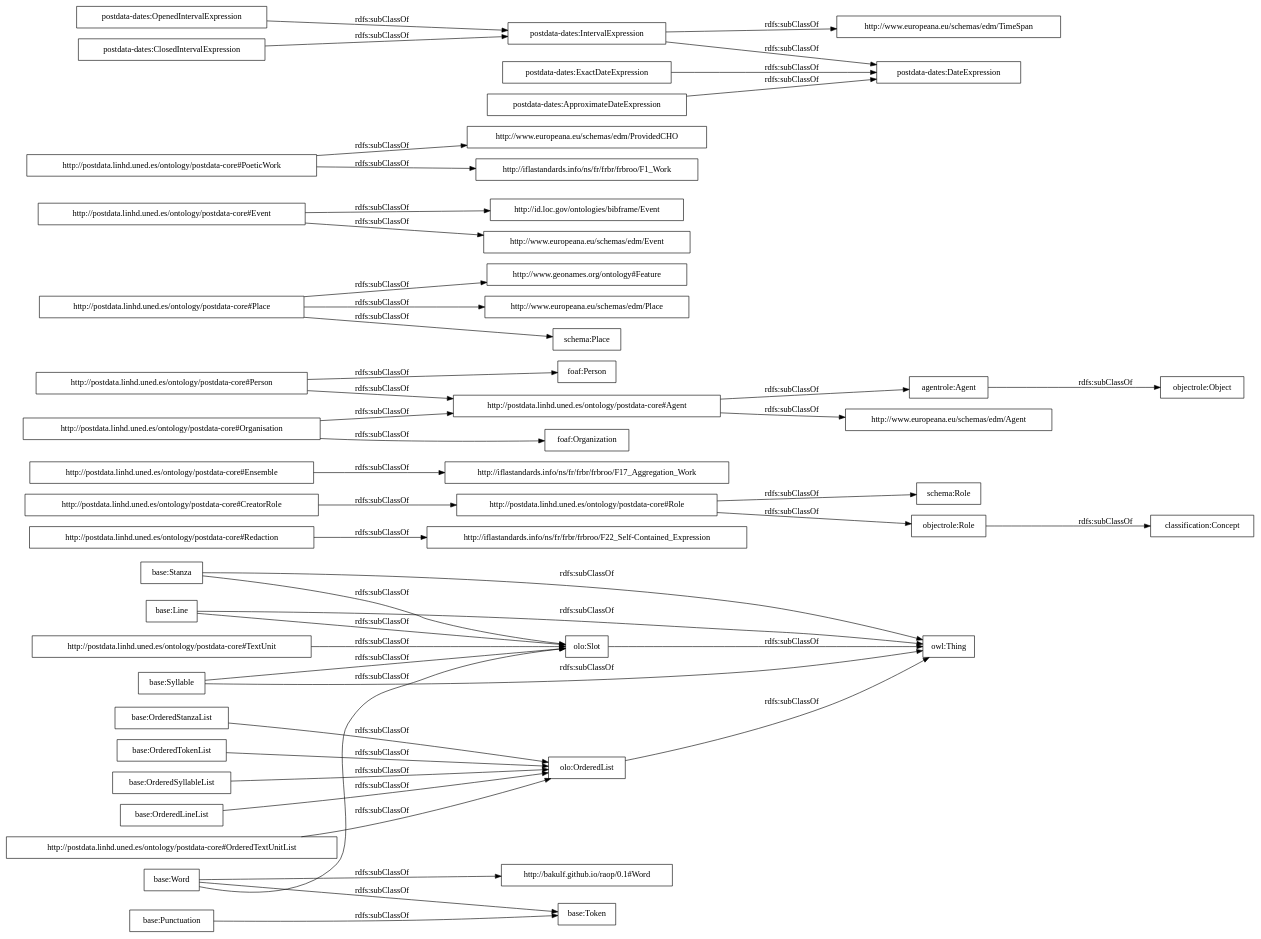
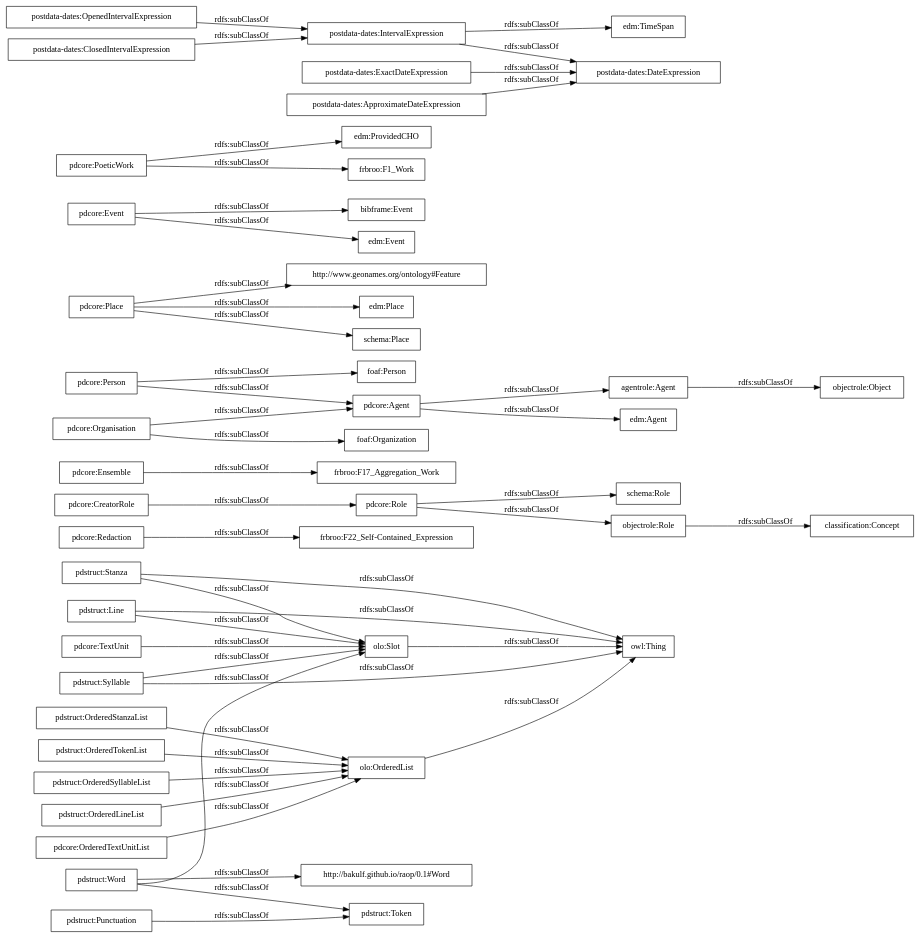
One commit to linhd-postdata/structuralElements-ontology changed the diagram in OnToology/postdata-structuralElements.owl/diagrams/ar2dtool-taxonomy/postdata-structuralElements.owl.png.dot. Above: the diagram before and after it, drawn with Graphviz. The commit also changed 6 other files, not shown here.

```diff
--- a/OnToology/postdata-structuralElements.owl/diagrams/ar2dtool-taxonomy/postdata-structuralElements.owl.png.dot
+++ b/OnToology/postdata-structuralElements.owl/diagrams/ar2dtool-taxonomy/postdata-structuralElements.owl.png.dot
@@ -1,50 +1,50 @@
 digraph ar2dtool_diagram { 
 rankdir=LR;
 size="1000"
-node [shape = rectangle, color="black"]; "base:Line" "base:Punctuation" "base:OrderedStanzaList" "base:OrderedTokenList" "base:Word" "base:Stanza" "base:Token" "base:OrderedSyllableList" "http://postdata.linhd.uned.es/ontology/postdata-core#Redaction" "base:Syllable" "http://bakulf.github.io/raop/0.1#Word" "base:OrderedLineList" "http://postdata.linhd.uned.es/ontology/postdata-core#Role" "http://iflastandards.info/ns/fr/frbr/frbroo/F17_Aggregation_Work" "http://postdata.linhd.uned.es/ontology/postdata-core#OrderedTextUnitList" "agentrole:Agent" "http://www.geonames.org/ontology#Feature" "http://www.europeana.eu/schemas/edm/Agent" "http://postdata.linhd.uned.es/ontology/postdata-core#Agent" "http://postdata.linhd.uned.es/ontology/postdata-core#CreatorRole" "http://postdata.linhd.uned.es/ontology/postdata-core#Person" "http://postdata.linhd.uned.es/ontology/postdata-core#Organisation" "http://www.europeana.eu/schemas/edm/Place" "http://postdata.linhd.uned.es/ontology/postdata-core#Ensemble" "foaf:Person" "http://iflastandards.info/ns/fr/frbr/frbroo/F22_Self-Contained_Expression" "http://id.loc.gov/ontologies/bibframe/Event" "http://www.europeana.eu/schemas/edm/Event" "http://postdata.linhd.uned.es/ontology/postdata-core#TextUnit" "foaf:Organization" "http://www.europeana.eu/schemas/edm/ProvidedCHO" "http://postdata.linhd.uned.es/ontology/postdata-core#Place" "schema:Place" "http://postdata.linhd.uned.es/ontology/postdata-core#Event" "http://postdata.linhd.uned.es/ontology/postdata-core#PoeticWork" "http://iflastandards.info/ns/fr/frbr/frbroo/F1_Work" "schema:Role" "olo:Slot" "olo:OrderedList" "owl:Thing" "objectrole:Role" "objectrole:Object" "postdata-dates:OpenedIntervalExpression" "postdata-dates:ClosedIntervalExpression" "postdata-dates:IntervalExpression" "postdata-dates:ExactDateExpression" "http://www.europeana.eu/schemas/edm/TimeSpan" "postdata-dates:DateExpression" "postdata-dates:ApproximateDateExpression" "classification:Concept" ; /*classes style*/
-	"base:OrderedStanzaList" -> "olo:OrderedList" [ label = "rdfs:subClassOf" ];
-	"http://postdata.linhd.uned.es/ontology/postdata-core#Person" -> "foaf:Person" [ label = "rdfs:subClassOf" ];
-	"http://postdata.linhd.uned.es/ontology/postdata-core#Person" -> "http://postdata.linhd.uned.es/ontology/postdata-core#Agent" [ label = "rdfs:subClassOf" ];
-	"base:OrderedTokenList" -> "olo:OrderedList" [ label = "rdfs:subClassOf" ];
-	"base:Punctuation" -> "base:Token" [ label = "rdfs:subClassOf" ];
+node [shape = rectangle, color="black"]; "pdstruct:Line" "pdstruct:Punctuation" "pdstruct:OrderedStanzaList" "pdstruct:OrderedTokenList" "pdstruct:Word" "pdstruct:Stanza" "pdstruct:Token" "pdstruct:OrderedSyllableList" "pdcore:Redaction" "pdstruct:Syllable" "http://bakulf.github.io/raop/0.1#Word" "pdstruct:OrderedLineList" "pdcore:Role" "frbroo:F17_Aggregation_Work" "pdcore:OrderedTextUnitList" "agentrole:Agent" "http://www.geonames.org/ontology#Feature" "edm:Agent" "pdcore:Agent" "pdcore:CreatorRole" "pdcore:Person" "pdcore:Organisation" "edm:Place" "pdcore:Ensemble" "foaf:Person" "frbroo:F22_Self-Contained_Expression" "bibframe:Event" "edm:Event" "pdcore:TextUnit" "foaf:Organization" "edm:ProvidedCHO" "pdcore:Place" "schema:Place" "pdcore:Event" "pdcore:PoeticWork" "frbroo:F1_Work" "schema:Role" "olo:Slot" "olo:OrderedList" "owl:Thing" "objectrole:Role" "objectrole:Object" "postdata-dates:OpenedIntervalExpression" "postdata-dates:ClosedIntervalExpression" "postdata-dates:IntervalExpression" "postdata-dates:ExactDateExpression" "edm:TimeSpan" "postdata-dates:DateExpression" "postdata-dates:ApproximateDateExpression" "classification:Concept" ; /*classes style*/
+	"pdstruct:OrderedStanzaList" -> "olo:OrderedList" [ label = "rdfs:subClassOf" ];
+	"pdcore:Person" -> "foaf:Person" [ label = "rdfs:subClassOf" ];
+	"pdcore:Person" -> "pdcore:Agent" [ label = "rdfs:subClassOf" ];
+	"pdstruct:OrderedTokenList" -> "olo:OrderedList" [ label = "rdfs:subClassOf" ];
+	"pdstruct:Punctuation" -> "pdstruct:Token" [ label = "rdfs:subClassOf" ];
 	"agentrole:Agent" -> "objectrole:Object" [ label = "rdfs:subClassOf" ];
-	"base:Word" -> "olo:Slot" [ label = "rdfs:subClassOf" ];
-	"base:Word" -> "base:Token" [ label = "rdfs:subClassOf" ];
-	"base:Word" -> "http://bakulf.github.io/raop/0.1#Word" [ label = "rdfs:subClassOf" ];
-	"http://postdata.linhd.uned.es/ontology/postdata-core#PoeticWork" -> "http://iflastandards.info/ns/fr/frbr/frbroo/F1_Work" [ label = "rdfs:subClassOf" ];
-	"http://postdata.linhd.uned.es/ontology/postdata-core#PoeticWork" -> "http://www.europeana.eu/schemas/edm/ProvidedCHO" [ label = "rdfs:subClassOf" ];
+	"pdstruct:Word" -> "olo:Slot" [ label = "rdfs:subClassOf" ];
+	"pdstruct:Word" -> "pdstruct:Token" [ label = "rdfs:subClassOf" ];
+	"pdstruct:Word" -> "http://bakulf.github.io/raop/0.1#Word" [ label = "rdfs:subClassOf" ];
+	"pdcore:PoeticWork" -> "frbroo:F1_Work" [ label = "rdfs:subClassOf" ];
+	"pdcore:PoeticWork" -> "edm:ProvidedCHO" [ label = "rdfs:subClassOf" ];
 	"objectrole:Role" -> "classification:Concept" [ label = "rdfs:subClassOf" ];
-	"base:OrderedSyllableList" -> "olo:OrderedList" [ label = "rdfs:subClassOf" ];
+	"pdstruct:OrderedSyllableList" -> "olo:OrderedList" [ label = "rdfs:subClassOf" ];
 	"postdata-dates:ClosedIntervalExpression" -> "postdata-dates:IntervalExpression" [ label = "rdfs:subClassOf" ];
-	"base:Stanza" -> "olo:Slot" [ label = "rdfs:subClassOf" ];
-	"base:Stanza" -> "owl:Thing" [ label = "rdfs:subClassOf" ];
+	"pdstruct:Stanza" -> "olo:Slot" [ label = "rdfs:subClassOf" ];
+	"pdstruct:Stanza" -> "owl:Thing" [ label = "rdfs:subClassOf" ];
 	"postdata-dates:ApproximateDateExpression" -> "postdata-dates:DateExpression" [ label = "rdfs:subClassOf" ];
-	"http://postdata.linhd.uned.es/ontology/postdata-core#Agent" -> "agentrole:Agent" [ label = "rdfs:subClassOf" ];
-	"http://postdata.linhd.uned.es/ontology/postdata-core#Agent" -> "http://www.europeana.eu/schemas/edm/Agent" [ label = "rdfs:subClassOf" ];
+	"pdcore:Agent" -> "agentrole:Agent" [ label = "rdfs:subClassOf" ];
+	"pdcore:Agent" -> "edm:Agent" [ label = "rdfs:subClassOf" ];
 	"olo:Slot" -> "owl:Thing" [ label = "rdfs:subClassOf" ];
 	"postdata-dates:OpenedIntervalExpression" -> "postdata-dates:IntervalExpression" [ label = "rdfs:subClassOf" ];
-	"http://postdata.linhd.uned.es/ontology/postdata-core#Organisation" -> "foaf:Organization" [ label = "rdfs:subClassOf" ];
-	"http://postdata.linhd.uned.es/ontology/postdata-core#Organisation" -> "http://postdata.linhd.uned.es/ontology/postdata-core#Agent" [ label = "rdfs:subClassOf" ];
-	"http://postdata.linhd.uned.es/ontology/postdata-core#Ensemble" -> "http://iflastandards.info/ns/fr/frbr/frbroo/F17_Aggregation_Work" [ label = "rdfs:subClassOf" ];
+	"pdcore:Organisation" -> "foaf:Organization" [ label = "rdfs:subClassOf" ];
+	"pdcore:Organisation" -> "pdcore:Agent" [ label = "rdfs:subClassOf" ];
+	"pdcore:Ensemble" -> "frbroo:F17_Aggregation_Work" [ label = "rdfs:subClassOf" ];
 	"olo:OrderedList" -> "owl:Thing" [ label = "rdfs:subClassOf" ];
-	"http://postdata.linhd.uned.es/ontology/postdata-core#TextUnit" -> "olo:Slot" [ label = "rdfs:subClassOf" ];
-	"http://postdata.linhd.uned.es/ontology/postdata-core#Redaction" -> "http://iflastandards.info/ns/fr/frbr/frbroo/F22_Self-Contained_Expression" [ label = "rdfs:subClassOf" ];
-	"http://postdata.linhd.uned.es/ontology/postdata-core#Place" -> "http://www.europeana.eu/schemas/edm/Place" [ label = "rdfs:subClassOf" ];
-	"http://postdata.linhd.uned.es/ontology/postdata-core#Place" -> "schema:Place" [ label = "rdfs:subClassOf" ];
-	"http://postdata.linhd.uned.es/ontology/postdata-core#Place" -> "http://www.geonames.org/ontology#Feature" [ label = "rdfs:subClassOf" ];
-	"base:OrderedLineList" -> "olo:OrderedList" [ label = "rdfs:subClassOf" ];
-	"http://postdata.linhd.uned.es/ontology/postdata-core#CreatorRole" -> "http://postdata.linhd.uned.es/ontology/postdata-core#Role" [ label = "rdfs:subClassOf" ];
-	"http://postdata.linhd.uned.es/ontology/postdata-core#Role" -> "objectrole:Role" [ label = "rdfs:subClassOf" ];
-	"http://postdata.linhd.uned.es/ontology/postdata-core#Role" -> "schema:Role" [ label = "rdfs:subClassOf" ];
-	"base:Syllable" -> "owl:Thing" [ label = "rdfs:subClassOf" ];
-	"base:Syllable" -> "olo:Slot" [ label = "rdfs:subClassOf" ];
-	"base:Line" -> "olo:Slot" [ label = "rdfs:subClassOf" ];
-	"base:Line" -> "owl:Thing" [ label = "rdfs:subClassOf" ];
-	"http://postdata.linhd.uned.es/ontology/postdata-core#OrderedTextUnitList" -> "olo:OrderedList" [ label = "rdfs:subClassOf" ];
-	"postdata-dates:IntervalExpression" -> "http://www.europeana.eu/schemas/edm/TimeSpan" [ label = "rdfs:subClassOf" ];
+	"pdcore:TextUnit" -> "olo:Slot" [ label = "rdfs:subClassOf" ];
+	"pdcore:Redaction" -> "frbroo:F22_Self-Contained_Expression" [ label = "rdfs:subClassOf" ];
+	"pdcore:Place" -> "edm:Place" [ label = "rdfs:subClassOf" ];
+	"pdcore:Place" -> "schema:Place" [ label = "rdfs:subClassOf" ];
+	"pdcore:Place" -> "http://www.geonames.org/ontology#Feature" [ label = "rdfs:subClassOf" ];
+	"pdstruct:OrderedLineList" -> "olo:OrderedList" [ label = "rdfs:subClassOf" ];
+	"pdcore:CreatorRole" -> "pdcore:Role" [ label = "rdfs:subClassOf" ];
+	"pdcore:Role" -> "objectrole:Role" [ label = "rdfs:subClassOf" ];
+	"pdcore:Role" -> "schema:Role" [ label = "rdfs:subClassOf" ];
+	"pdstruct:Syllable" -> "owl:Thing" [ label = "rdfs:subClassOf" ];
+	"pdstruct:Syllable" -> "olo:Slot" [ label = "rdfs:subClassOf" ];
+	"pdstruct:Line" -> "olo:Slot" [ label = "rdfs:subClassOf" ];
+	"pdstruct:Line" -> "owl:Thing" [ label = "rdfs:subClassOf" ];
+	"pdcore:OrderedTextUnitList" -> "olo:OrderedList" [ label = "rdfs:subClassOf" ];
+	"postdata-dates:IntervalExpression" -> "edm:TimeSpan" [ label = "rdfs:subClassOf" ];
 	"postdata-dates:IntervalExpression" -> "postdata-dates:DateExpression" [ label = "rdfs:subClassOf" ];
 	"postdata-dates:ExactDateExpression" -> "postdata-dates:DateExpression" [ label = "rdfs:subClassOf" ];
-	"http://postdata.linhd.uned.es/ontology/postdata-core#Event" -> "http://www.europeana.eu/schemas/edm/Event" [ label = "rdfs:subClassOf" ];
-	"http://postdata.linhd.uned.es/ontology/postdata-core#Event" -> "http://id.loc.gov/ontologies/bibframe/Event" [ label = "rdfs:subClassOf" ];
+	"pdcore:Event" -> "edm:Event" [ label = "rdfs:subClassOf" ];
+	"pdcore:Event" -> "bibframe:Event" [ label = "rdfs:subClassOf" ];
 
 }
```
